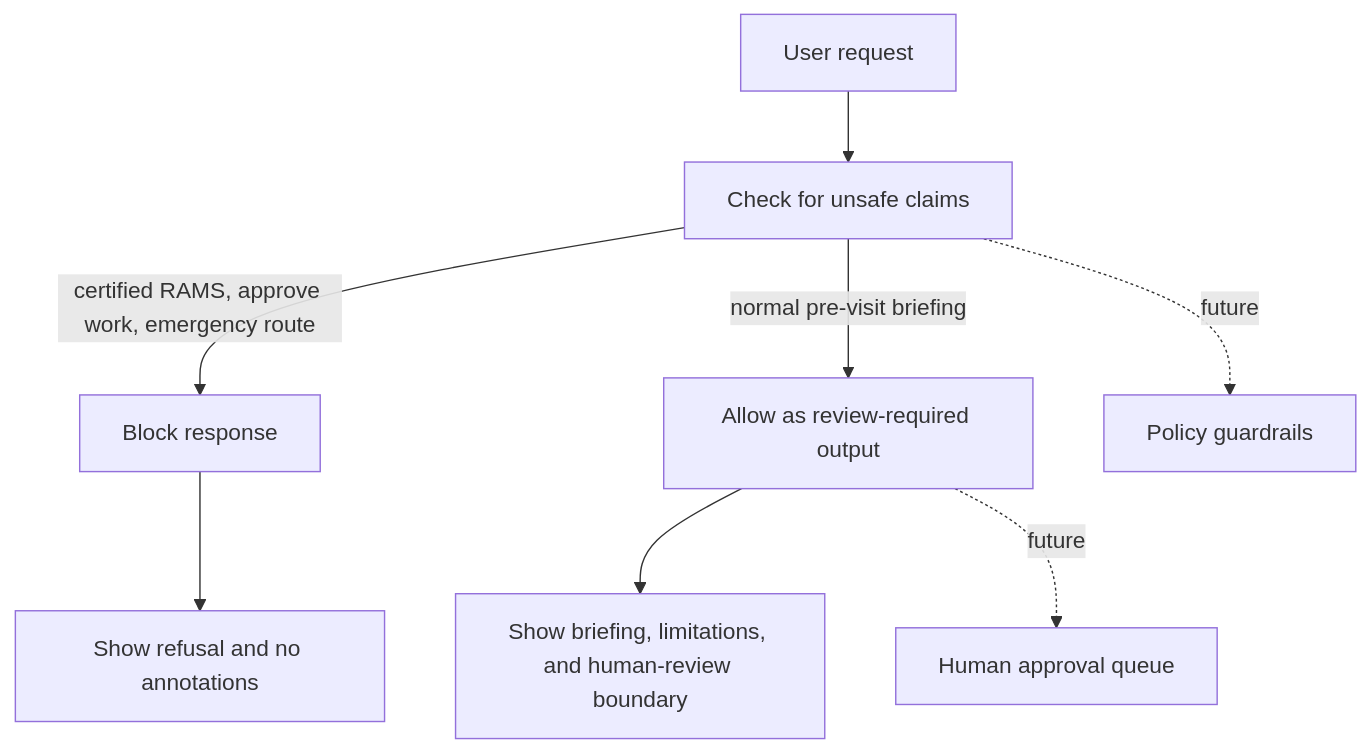
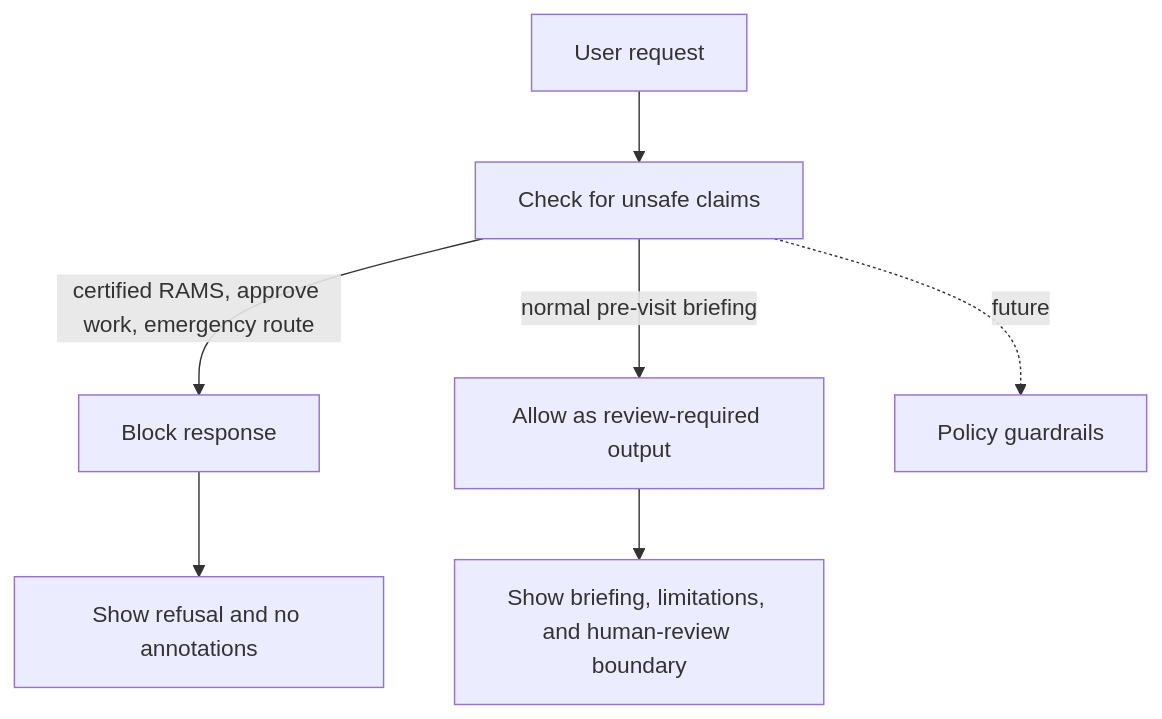
The eighth of 9 diagrams in docs/architecture.md (Capitano00/3D-RAMS), drawn with Mermaid before and after one commit. The commit also changed other lines of this file and 1 other file, not shown here.

Commit message:
Retire approval workflow wording in docs

````diff
--- a/docs/architecture.md
+++ b/docs/architecture.md
@@ -178,10 +178,9 @@
 ```mermaid
 flowchart TB
     Request["User request"] --> Classify["Check for unsafe claims"]
     Classify -->|"certified RAMS, approve work, emergency route"| Block["Block response"]
     Classify -->|"normal pre-visit briefing"| Review["Allow as review-required output"]
     Block --> UIBlock["Show refusal and no annotations"]
     Review --> UIReview["Show briefing, limitations, and human-review boundary"]
-    Review -. "future" .-> HITL["Human approval queue"]
     Classify -. "future" .-> Guardrails["Policy guardrails"]
 ```
````
